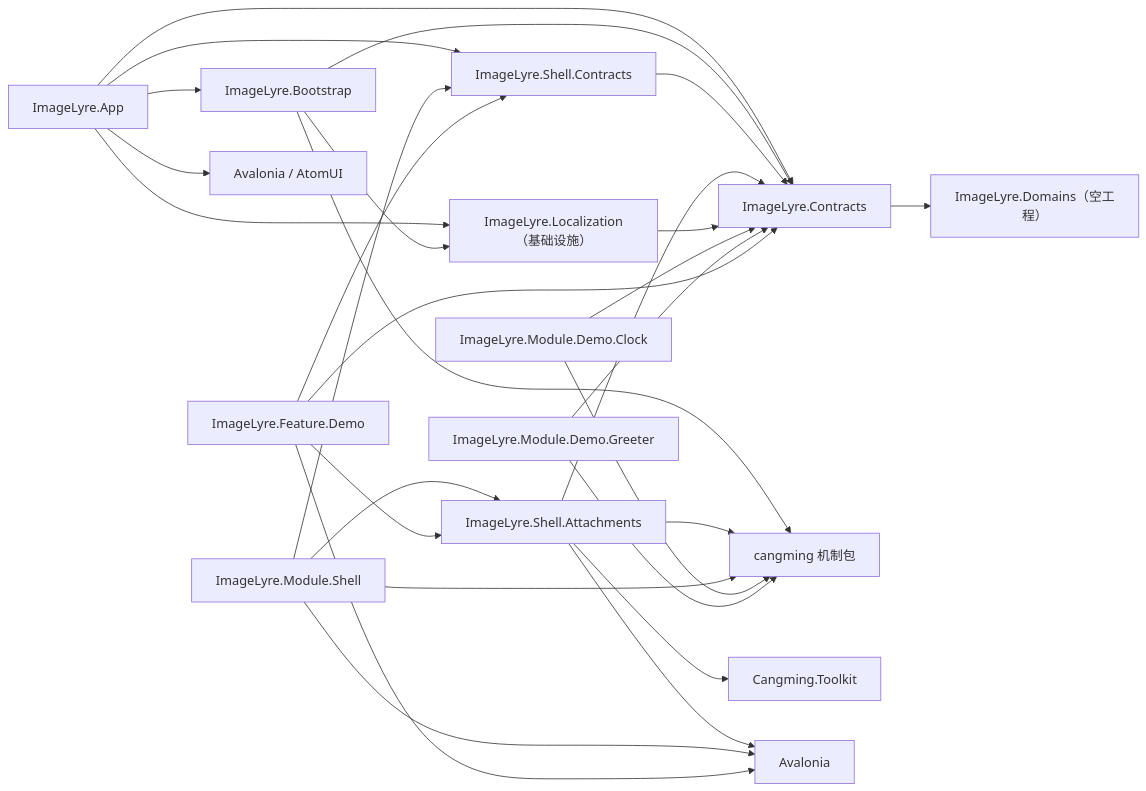
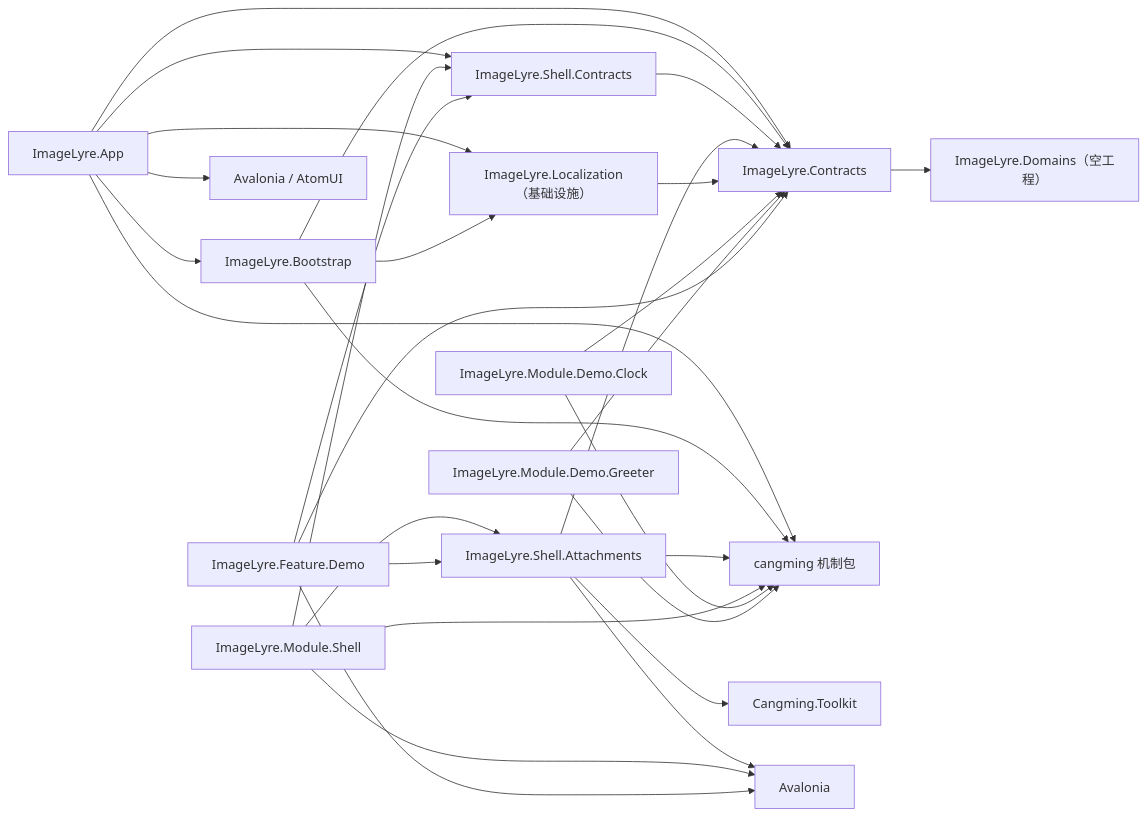
The first of 2 diagrams in docs/design/lukan/DESIGN-0001-M1-插件骨架.md (xknife-erian/ImageLyre), drawn with Mermaid before and after one commit. The commit also changed other lines of this file, not shown here.

First line of the commit message:
docs(design): 回写 App 对机制包的依赖与 CLI 输出边界

````diff
--- a/docs/design/lukan/DESIGN-0001-M1-插件骨架.md
+++ b/docs/design/lukan/DESIGN-0001-M1-插件骨架.md
@@ -77,42 +78,43 @@
 ```mermaid
 flowchart LR
     BOOT["ImageLyre.Bootstrap"]
     APP["ImageLyre.App"]
     SC["ImageLyre.Shell.Contracts"]
     SA["ImageLyre.Shell.Attachments"]
     DC["ImageLyre.Contracts"]
     DN["ImageLyre.Domains（空工程）"]
     MS["ImageLyre.Module.Shell"]
     LOC["ImageLyre.Localization（基础设施）"]
     MC["ImageLyre.Module.Demo.Clock"]
     MG["ImageLyre.Module.Demo.Greeter"]
     FD["ImageLyre.Feature.Demo"]
 
     APP --> BOOT
     APP --> SC
     APP --> DC
+    APP --> CM
     APP --> AV["Avalonia / AtomUI"]
     BOOT --> CM["cangming 机制包"]
     BOOT --> DC
     SC --> DC
     SA --> DC
     SA --> CM
     SA --> TK["Cangming.Toolkit"]
     SA --> AVL["Avalonia"]
     DC --> DN
     MS --> SC
     MS --> SA
     MS --> CM
     MS --> AVL
     LOC --> DC
     APP --> LOC
     BOOT --> LOC
     MC --> DC
     MC --> CM
     MG --> DC
     MG --> CM
     FD --> SC
     FD --> SA
     FD --> DC
     FD --> AVL
 ```
````
